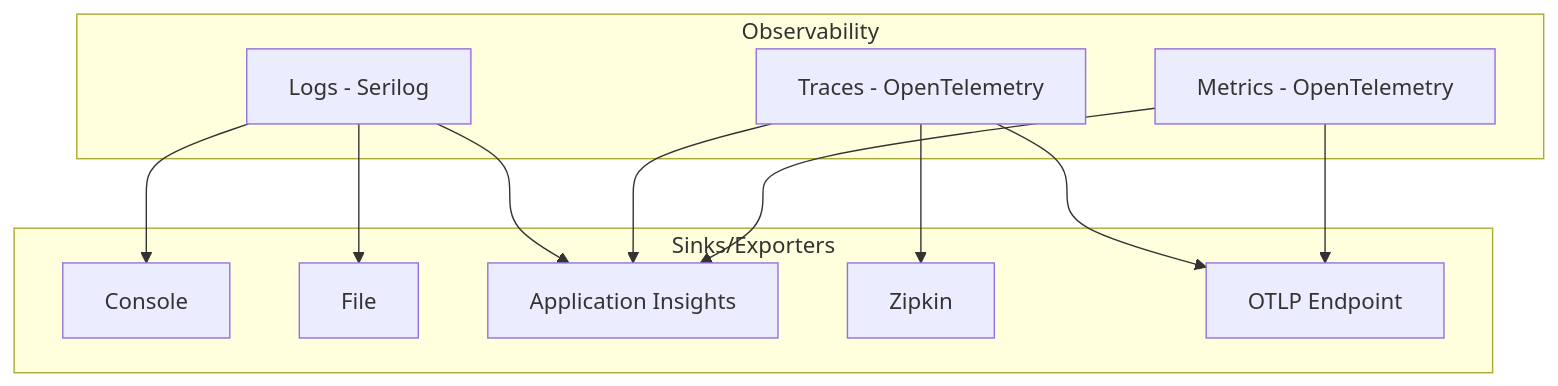
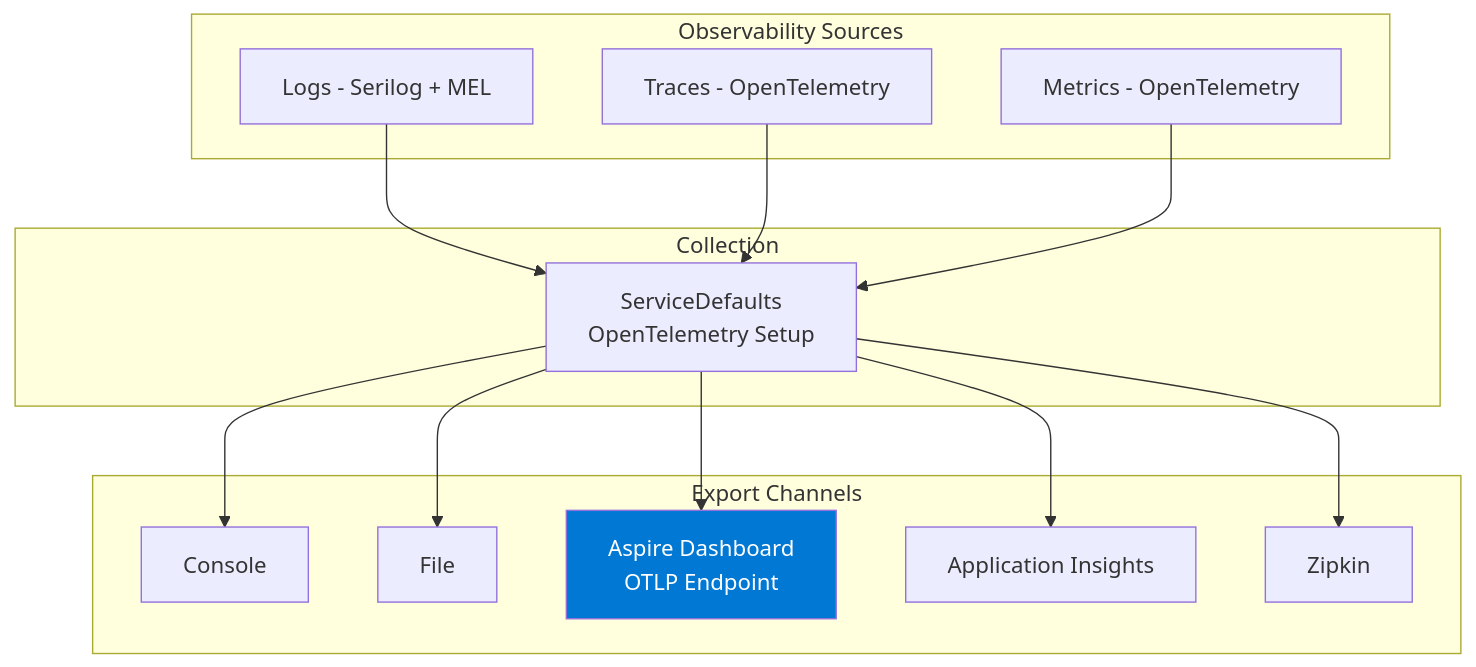
The first of 4 diagrams in docs-architecture/09-observability-and-crosscutting.md (tinse-22/GSP26SE43.ModularMonolith), drawn with Mermaid before and after one commit. The commit also changed other lines of this file and 18 other files, not shown here.

````diff
--- a/docs-architecture/09-observability-and-crosscutting.md
+++ b/docs-architecture/09-observability-and-crosscutting.md
@@ -25,27 +26,32 @@
 ```mermaid
 graph TB
-    subgraph "Observability"
-        L[Logs - Serilog]
+    subgraph "Observability Sources"
+        L[Logs - Serilog + MEL]
         T[Traces - OpenTelemetry]
         M[Metrics - OpenTelemetry]
     end
     
-    subgraph "Sinks/Exporters"
+    subgraph "Collection"
+        SD[ServiceDefaults<br/>OpenTelemetry Setup]
+    end
+    
+    subgraph "Export Channels"
         Console[Console]
         File[File]
+        Aspire[Aspire Dashboard<br/>OTLP Endpoint]
         AI[Application Insights]
         Zipkin[Zipkin]
-        OTLP[OTLP Endpoint]
     end
     
-    L --> Console
-    L --> File
-    L --> AI
+    L --> SD
+    T --> SD
+    M --> SD
     
-    T --> Zipkin
-    T --> OTLP
-    T --> AI
+    SD --> Console
+    SD --> File
+    SD --> Aspire
+    SD --> AI
+    SD --> Zipkin
     
-    M --> OTLP
-    M --> AI
+    style Aspire fill:#0078d4,color:#fff
 ```
````
